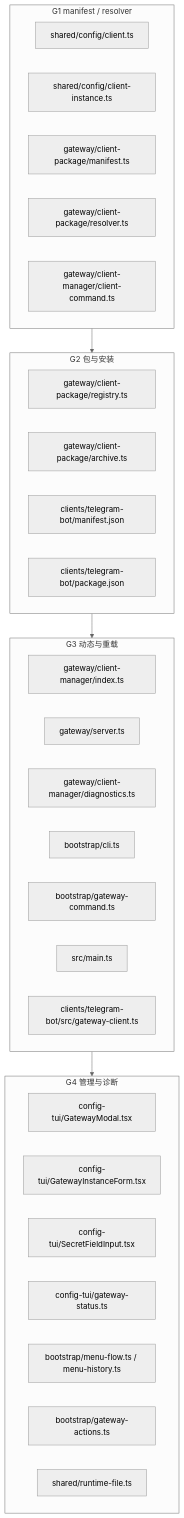
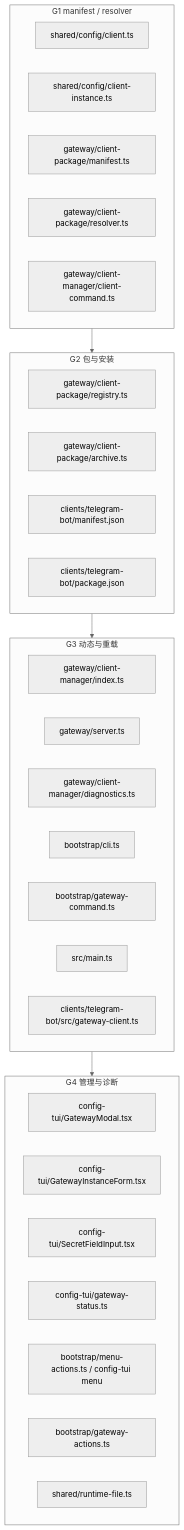
The tenth of 14 diagrams in docs/communication/atom_neo_2026-11-14_gateway_client_packaging_graph.md (aokihu/atom_neo), drawn with Mermaid (neutral theme) before and after one commit. The commit also changed other lines of this file and 34 other files, not shown here.

````diff
--- a/docs/communication/atom_neo_2026-11-14_gateway_client_packaging_graph.md
+++ b/docs/communication/atom_neo_2026-11-14_gateway_client_packaging_graph.md
@@ -476,39 +476,39 @@
 ```mermaid
 graph TB
     subgraph G1["G1 manifest / resolver"]
         F1["shared/config/client.ts"]
         F2["shared/config/client-instance.ts"]
         F3["gateway/client-package/manifest.ts"]
         F4["gateway/client-package/resolver.ts"]
         F5["gateway/client-manager/client-command.ts"]
     end
 
     subgraph G2["G2 包与安装"]
         F6["gateway/client-package/registry.ts"]
         F7["gateway/client-package/archive.ts"]
         F8["clients/telegram-bot/manifest.json"]
         F9["clients/telegram-bot/package.json"]
     end
 
     subgraph G3["G3 动态与重载"]
         F10["gateway/client-manager/index.ts"]
         F11["gateway/server.ts"]
         F12["gateway/client-manager/diagnostics.ts"]
         F13["bootstrap/cli.ts"]
         F14["bootstrap/gateway-command.ts"]
         F15["src/main.ts"]
         F16["clients/telegram-bot/src/gateway-client.ts"]
     end
 
     subgraph G4["G4 管理与诊断"]
         F17["config-tui/GatewayModal.tsx"]
         F18["config-tui/GatewayInstanceForm.tsx"]
         F18b["config-tui/SecretFieldInput.tsx"]
         F19["config-tui/gateway-status.ts"]
-        F20["bootstrap/menu-flow.ts / menu-history.ts"]
+        F20["bootstrap/menu-actions.ts / config-tui menu"]
         F21["bootstrap/gateway-actions.ts"]
         F22["shared/runtime-file.ts"]
     end
 
     G1 --> G2 --> G3 --> G4
 ```
````
